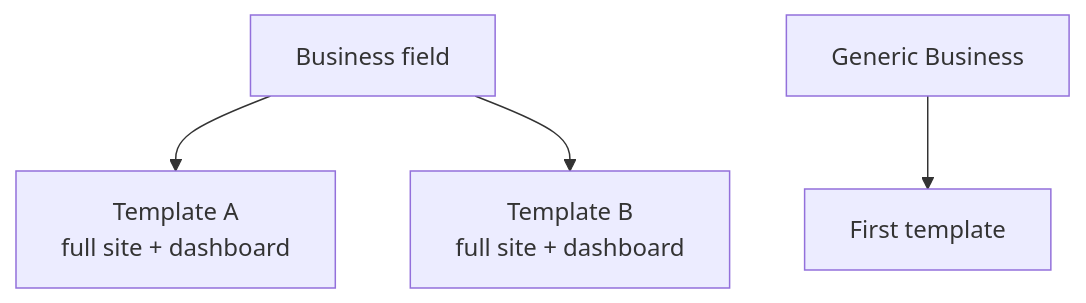
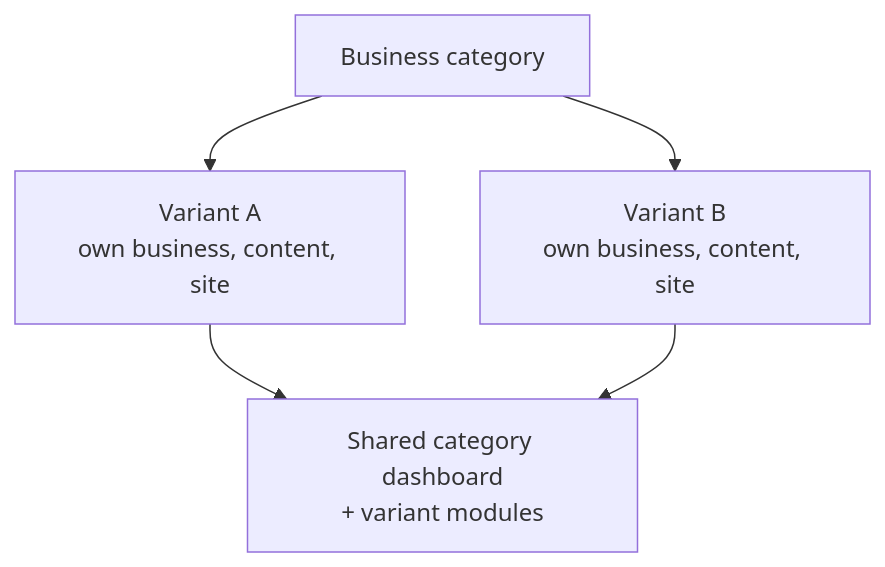
The third of 3 diagrams in docs/02-flows.md (AhmedElnagarUU/Demmoss), drawn with Mermaid before and after one commit. The commit also changed other lines of this file and 13 other files, not shown here.

First line of the commit message:
Switch templates to categories with 2 variants and a shared dashboard

````diff
--- a/docs/02-flows.md
+++ b/docs/02-flows.md
@@ -71,6 +71,7 @@
 ```mermaid
 flowchart TD
-  F[Business field] --> T1[Template A<br/>full site + dashboard]
-  F --> T2[Template B<br/>full site + dashboard]
-  GEN[Generic Business] --> TG[First template]
+  C[Business category] --> V1[Variant A<br/>own business, content, site]
+  C --> V2[Variant B<br/>own business, content, site]
+  V1 --> D[Shared category dashboard<br/>+ variant modules]
+  V2 --> D
 ```
````
